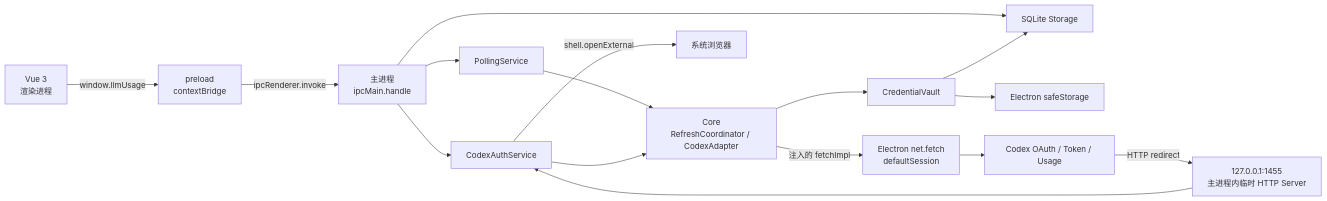
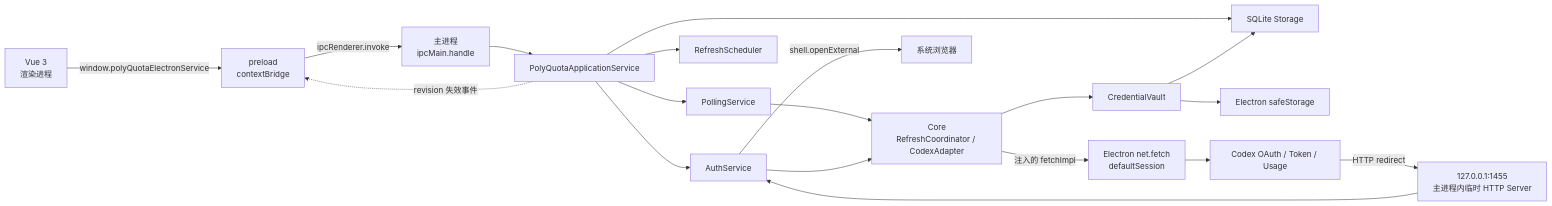
The first of 3 diagrams in docs/polyquota/runtime-and-communication-review.md (SwingCosmic/astra-conductor), drawn with Mermaid before and after one commit. The commit also changed other lines of this file and 32 other files, not shown here.

````diff
--- a/docs/polyquota/runtime-and-communication-review.md
+++ b/docs/polyquota/runtime-and-communication-review.md
@@ -203,18 +206,21 @@
 ```mermaid
 flowchart LR
-  UI[Vue 3<br/>渲染进程] -->|window.llmUsage| PRE[preload<br/>contextBridge]
+  UI[Vue 3<br/>渲染进程] -->|window.polyQuotaElectronService| PRE[preload<br/>contextBridge]
   PRE -->|ipcRenderer.invoke| IPC[主进程<br/>ipcMain.handle]
-  IPC --> AUTH[CodexAuthService]
-  IPC --> POLL[PollingService]
-  IPC --> STORE[SQLite Storage]
+  IPC --> APP[PolyQuotaApplicationService]
+  APP --> AUTH[AuthService]
+  APP --> SCHED[RefreshScheduler]
+  APP --> POLL[PollingService]
+  APP --> STORE[SQLite Storage]
   POLL --> CORE[Core<br/>RefreshCoordinator / CodexAdapter]
   AUTH --> CORE
   CORE --> VAULT[CredentialVault]
   VAULT --> SAFE[Electron safeStorage]
   VAULT --> STORE
   CORE -->|注入的 fetchImpl| NET[Electron net.fetch<br/>defaultSession]
   NET --> PROVIDER[Codex OAuth / Token / Usage]
   AUTH -->|shell.openExternal| BROWSER[系统浏览器]
   PROVIDER -->|HTTP redirect| CALLBACK[127.0.0.1:1455<br/>主进程内临时 HTTP Server]
   CALLBACK --> AUTH
+  APP -.revision 失效事件.-> PRE
 ```
````
